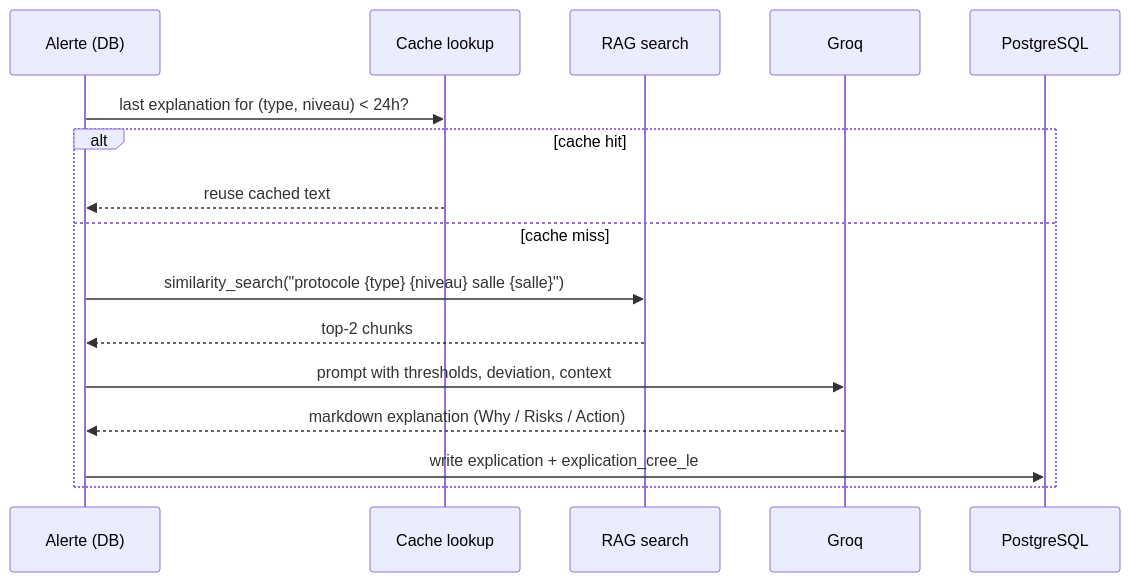
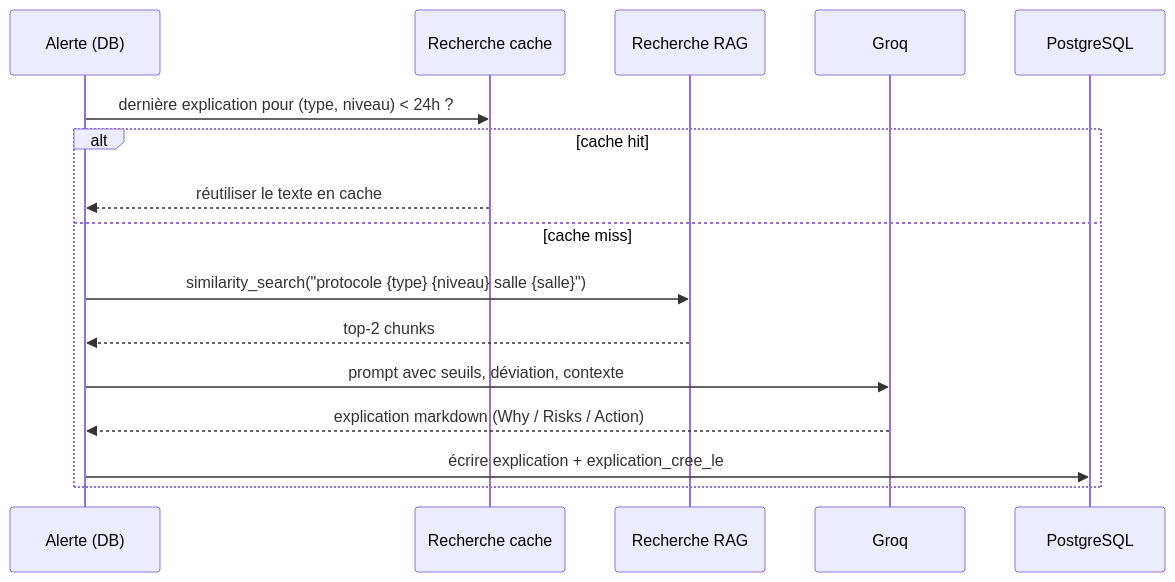
The second of 2 diagrams in docs/rag.md (t4lhawi/MedAssist-AI), drawn with Mermaid before and after one commit. The commit also changed other lines of this file and 9 other files, not shown here.

````diff
--- a/docs/rag.md
+++ b/docs/rag.md
@@ -177,19 +177,19 @@
 ```mermaid
 sequenceDiagram
   participant Alert as Alerte (DB)
-  participant Cache as Cache lookup
-  participant RAG as RAG search
+  participant Cache as Recherche cache
+  participant RAG as Recherche RAG
   participant LLM as Groq
   participant DB as PostgreSQL
 
-  Alert->>Cache: last explanation for (type, niveau) < 24h?
+  Alert->>Cache: dernière explication pour (type, niveau) < 24h ?
   alt cache hit
-    Cache-->>Alert: reuse cached text
+    Cache-->>Alert: réutiliser le texte en cache
   else cache miss
     Alert->>RAG: similarity_search("protocole {type} {niveau} salle {salle}")
     RAG-->>Alert: top-2 chunks
-    Alert->>LLM: prompt with thresholds, deviation, context
-    LLM-->>Alert: markdown explanation (Why / Risks / Action)
-    Alert->>DB: write explication + explication_cree_le
+    Alert->>LLM: prompt avec seuils, déviation, contexte
+    LLM-->>Alert: explication markdown (Why / Risks / Action)
+    Alert->>DB: écrire explication + explication_cree_le
   end
 ```
````
